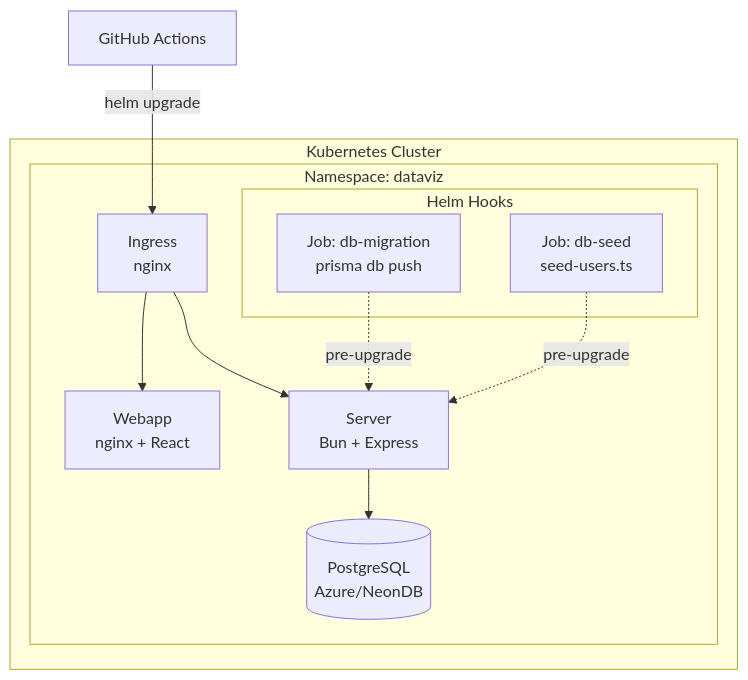
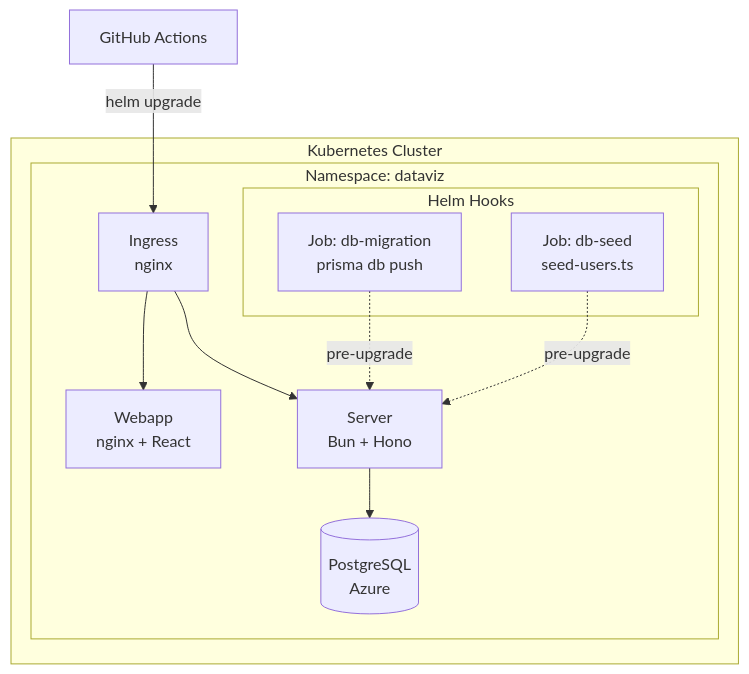
The sixth of 12 diagrams in README.md (italia/graph-italia), drawn with Mermaid before and after one commit. The commit also changed other lines of this file, not shown here.

First line of the commit message:
docs: update README - Hono migration, Azure DB, troubleshooting [skip-ci]

````diff
--- a/README.md
+++ b/README.md
@@ -540,20 +542,20 @@
 ```mermaid
 graph TB
     subgraph "Kubernetes Cluster"
         subgraph "Namespace: dataviz"
             Ingress[Ingress<br/>nginx] --> Webapp[Webapp<br/>nginx + React]
-            Ingress --> Server[Server<br/>Bun + Express]
-            Server --> DB[(PostgreSQL<br/>Azure/NeonDB)]
+            Ingress --> Server[Server<br/>Bun + Hono]
+            Server --> DB[(PostgreSQL<br/>Azure)]
             
             subgraph "Helm Hooks"
                 Migration[Job: db-migration<br/>prisma db push]
                 Seed[Job: db-seed<br/>seed-users.ts]
             end
             
             Migration -.->|pre-upgrade| Server
             Seed -.->|pre-upgrade| Server
         end
     end
     
     CI[GitHub Actions] -->|helm upgrade| Ingress
 ```
````
